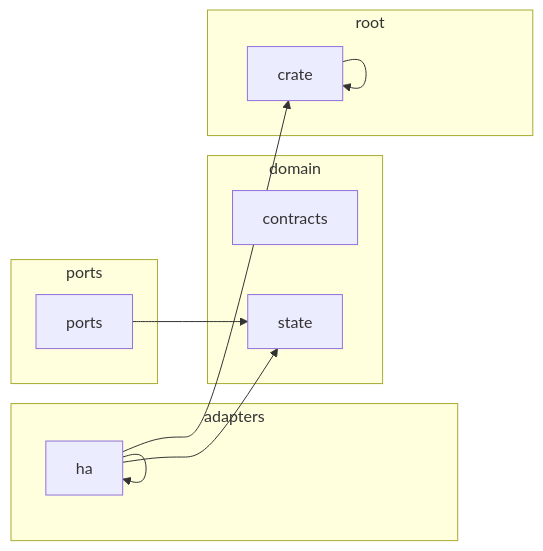
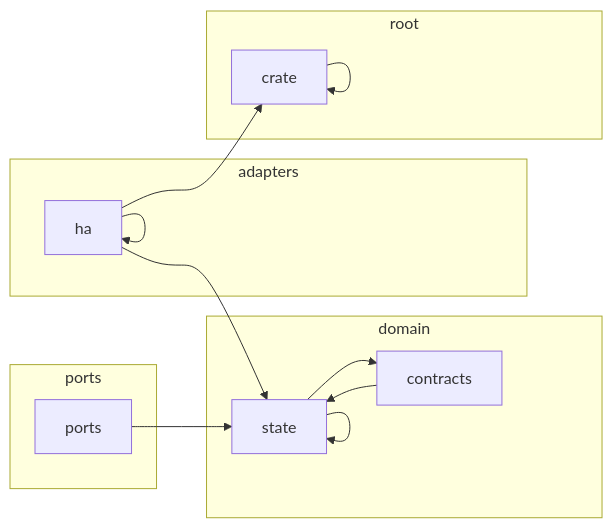
The diagram in docs/architecture.md (louislang/ha-jarvis), drawn with Mermaid before and after one commit.

Commit message:
Update the architecture diagram
CI regenerated docs/architecture.md from main.

````diff
--- a/docs/architecture.md
+++ b/docs/architecture.md
@@ -5,21 +5,24 @@
 ```mermaid
 flowchart LR
     subgraph adapters
         crate_adapters_ha[ha]
     end
     subgraph domain
         crate_domain_contracts[contracts]
         crate_domain_state[state]
     end
     subgraph ports
         crate_ports[ports]
     end
     subgraph root
         crate[crate]
     end
     crate --> crate
     crate_adapters_ha --> crate
     crate_adapters_ha --> crate_adapters_ha
     crate_adapters_ha --> crate_domain_state
+    crate_domain_contracts --> crate_domain_state
+    crate_domain_state --> crate_domain_contracts
+    crate_domain_state --> crate_domain_state
     crate_ports --> crate_domain_state
 ```
````
